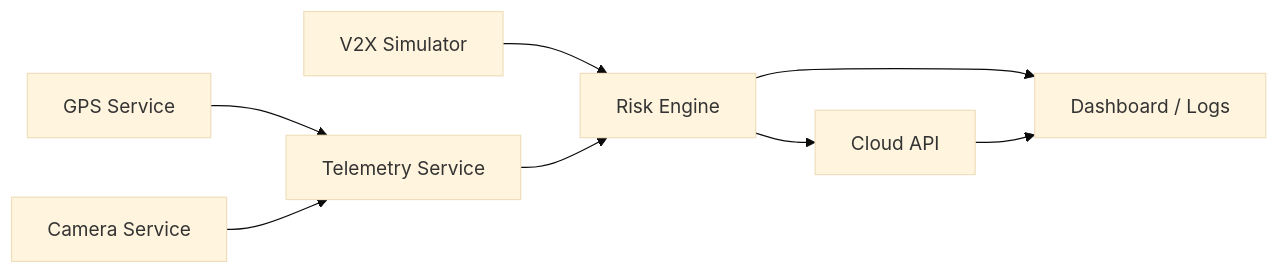
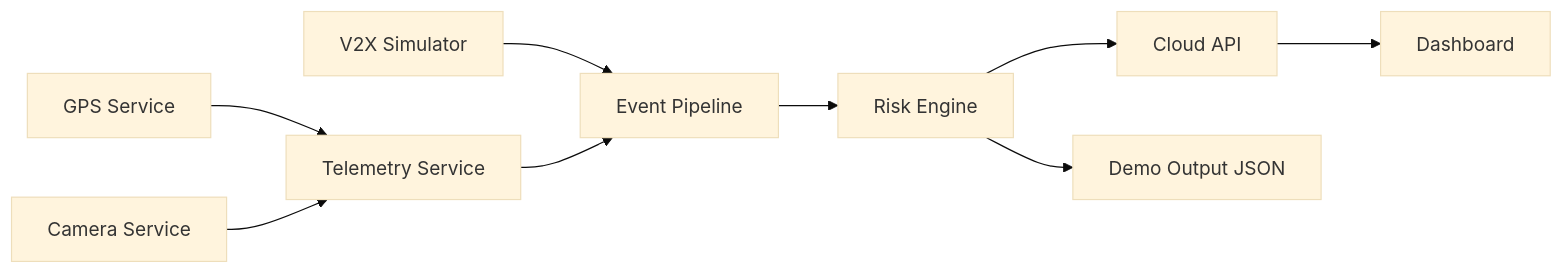
One commit to Vask006/hcv-v2x-predictive-risk-mitigation changed the first of 2 diagrams in docs/architecture/architecture-diagram.md. Above: the diagram before and after it, drawn with Mermaid (base theme). The commit also changed other lines of this file and 53 other files, not shown here.

````diff
--- a/docs/architecture/architecture-diagram.md
+++ b/docs/architecture/architecture-diagram.md
@@ -60,10 +5,11 @@
 ```mermaid
 flowchart LR
-    G[GPS Service] --> T[Telemetry Service]
-    C[Camera Service] --> T
-    V[V2X Simulator] --> R[Risk Engine]
-    T --> R
-    R --> A[Cloud API]
-    R --> D[Dashboard / Logs]
-    A --> D
+  GPS[GPS Service] --> TEL[Telemetry Service]
+  CAM[Camera Service] --> TEL
+  V2X[V2X Simulator] --> PIPE[Event Pipeline]
+  TEL --> PIPE
+  PIPE --> RISK[Risk Engine]
+  RISK --> API[Cloud API]
+  API --> DASH[Dashboard]
+  RISK --> OUT[Demo Output JSON]
 ```
````
